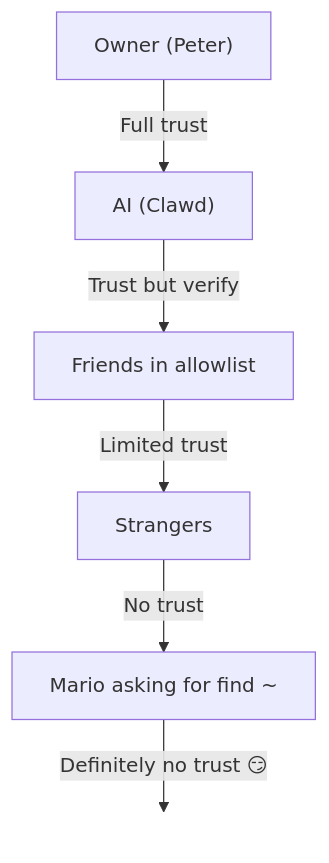
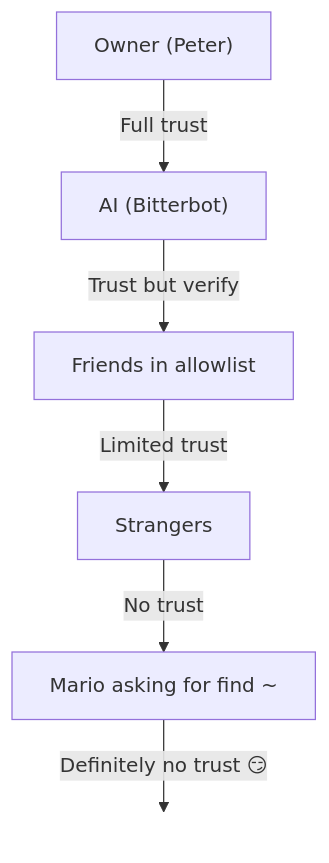
The diagram in docs/gateway/security/index.md (Bitterbot-AI/bitterbot-desktop), drawn with Mermaid before and after one commit. The commit also changed other lines of this file and 31 other files, not shown here.

````diff
--- a/docs/gateway/security/index.md
+++ b/docs/gateway/security/index.md
@@ -778,12 +778,12 @@
 ```mermaid
 flowchart TB
-    A["Owner (Peter)"] -- Full trust --> B["AI (Clawd)"]
+    A["Owner (Peter)"] -- Full trust --> B["AI (Bitterbot)"]
     B -- Trust but verify --> C["Friends in allowlist"]
     C -- Limited trust --> D["Strangers"]
     D -- No trust --> E["Mario asking for find ~"]
     E -- Definitely no trust 😏 --> F[" "]
 
      %% The transparent box is needed to show the bottom-most label correctly
      F:::Class_transparent_box
     classDef Class_transparent_box fill:transparent, stroke:transparent
 ```
````
